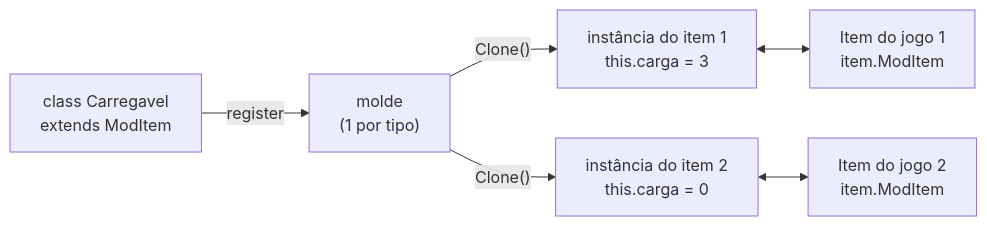
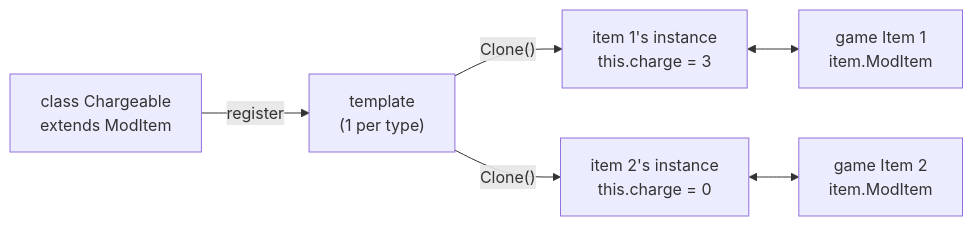
The diagram in docs/mods/04-conteudo-novo.md (JonataOliveiraa/Bunny-Loader), drawn with Mermaid before and after one commit. The commit also changed other lines of this file and 89 other files, not shown here.

````diff
--- a/docs/mods/04-conteudo-novo.md
+++ b/docs/mods/04-conteudo-novo.md
@@ -286,8 +287,8 @@
 ```mermaid
 flowchart LR
-    C["class Carregavel<br/>extends ModItem"] -- "register" --> M["molde<br/>(1 por tipo)"]
-    M -- "Clone()" --> I1["instância do item 1<br/>this.carga = 3"]
-    M -- "Clone()" --> I2["instância do item 2<br/>this.carga = 0"]
-    I1 <--> E1["Item do jogo 1<br/>item.ModItem"]
-    I2 <--> E2["Item do jogo 2<br/>item.ModItem"]
+    C["class Chargeable<br/>extends ModItem"] -- "register" --> M["template<br/>(1 per type)"]
+    M -- "Clone()" --> I1["item 1's instance<br/>this.charge = 3"]
+    M -- "Clone()" --> I2["item 2's instance<br/>this.charge = 0"]
+    I1 <--> E1["game Item 1<br/>item.ModItem"]
+    I2 <--> E2["game Item 2<br/>item.ModItem"]
 ```
````
